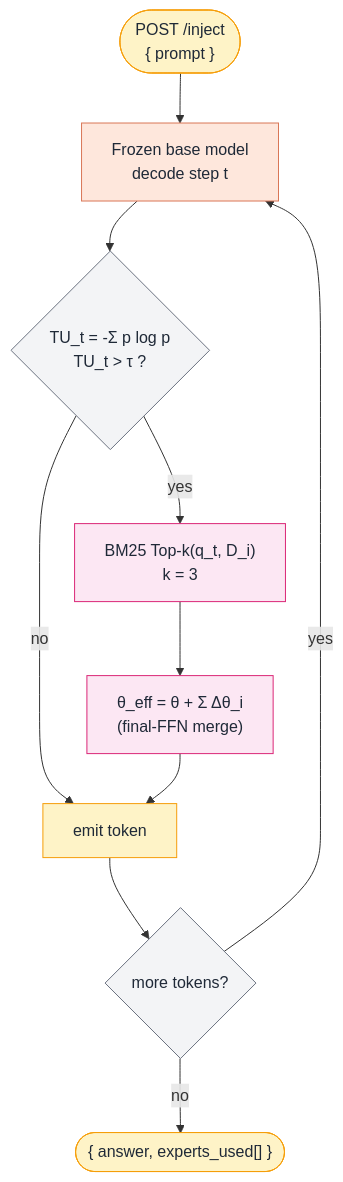
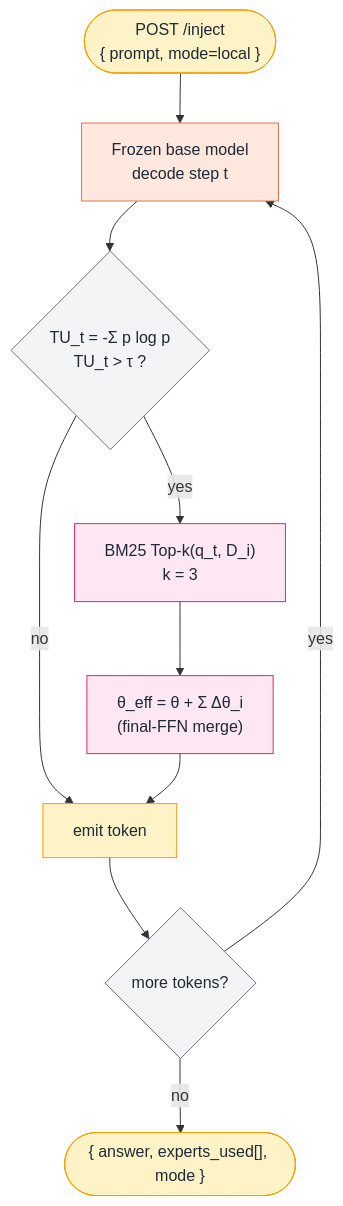
One commit to tonylnng/gateforge-loom changed the first of 2 diagrams in docs/components.md. Above: the diagram before and after it, drawn with Mermaid. The commit also changed other lines of this file and 2 other files, not shown here.

First line of the commit message:
docs(dmoe): add no-GPU AI Gateway runtime mode alongside self-hosted GPU mode

````diff
--- a/docs/components.md
+++ b/docs/components.md
@@ -238,21 +261,21 @@
 ```mermaid
 flowchart TB
-    REQ(["POST /inject<br/>{ prompt }"]) --> DEC["Frozen base model<br/>decode step t"]
+    REQ(["POST /inject<br/>{ prompt, mode=local }"]) --> DEC["Frozen base model<br/>decode step t"]
     DEC --> TU{"TU_t = -Σ p log p<br/>TU_t &gt; τ ?"}
     TU -- no --> EMIT["emit token"]
     TU -- yes --> R["BM25 Top-k(q_t, D_i)<br/>k = 3"]
     R --> MG["θ_eff = θ + Σ Δθ_i<br/>(final-FFN merge)"]
     MG --> EMIT
     EMIT --> NX{"more tokens?"}
     NX -- yes --> DEC
-    NX -- no --> RES(["{ answer, experts_used[] }"])
+    NX -- no --> RES(["{ answer, experts_used[], mode }"])
 
     classDef base  fill:#FEE7DC,stroke:#D97757,color:#1F2937;
     classDef route fill:#FCE7F3,stroke:#DB2777,color:#1F2937;
     classDef gate  fill:#F3F4F6,stroke:#6B7280,color:#1F2937;
     classDef io    fill:#FEF3C7,stroke:#F59E0B,color:#1F2937;
     class DEC base
     class R,MG route
     class TU,NX gate
     class REQ,RES,EMIT io
 ```
````
